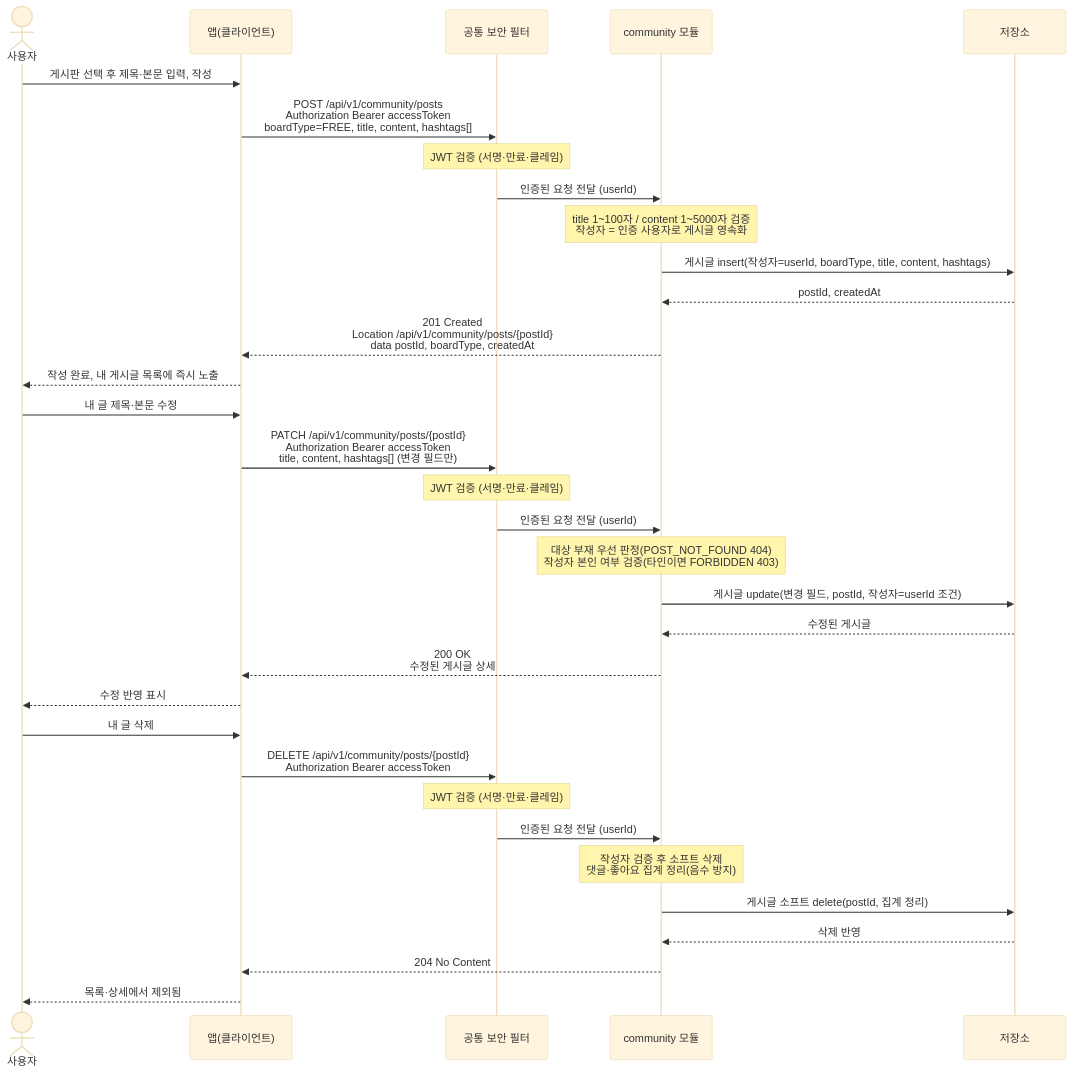
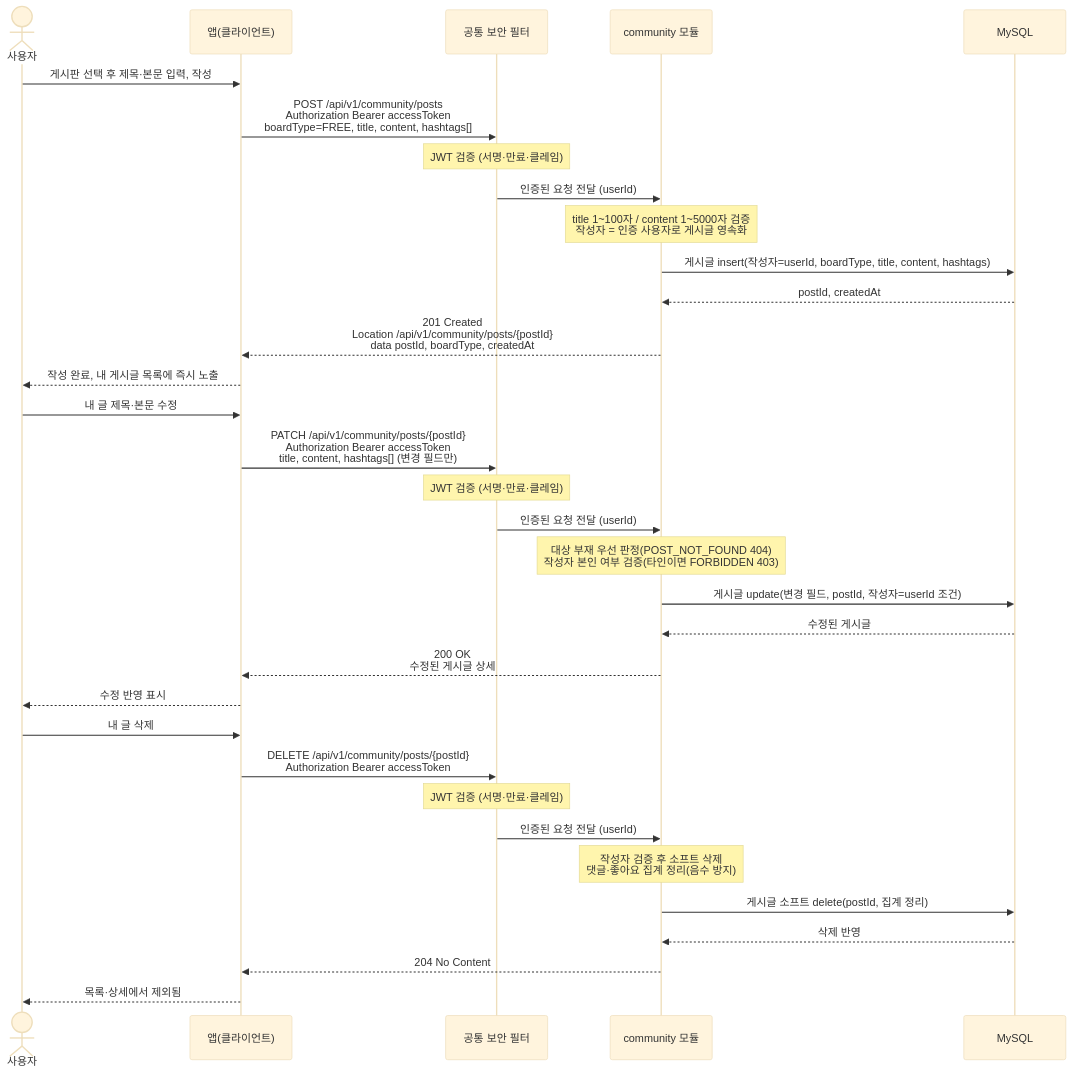
The diagram in docs/architecture/sequence-diagrams/05-community/us-5-1-post-create-update-delete.md (jameskim9509/Kohere-backend), drawn with Mermaid (base theme) before and after one commit. The commit also changed other lines of this file and 28 other files, not shown here.

First line of the commit message:
docs(architecture): 시퀀스 다이어그램에 폴리글랏 저장소 반영 (#24)

````diff
--- a/docs/architecture/sequence-diagrams/05-community/us-5-1-post-create-update-delete.md
+++ b/docs/architecture/sequence-diagrams/05-community/us-5-1-post-create-update-delete.md
@@ -5,38 +5,38 @@
 ```mermaid
 sequenceDiagram
     actor U as 사용자
     participant C as 앱(클라이언트)
     participant SEC as 공통 보안 필터
     participant COMM as community 모듈
-    participant DB as 저장소
+    participant DB as MySQL
 
     U->>C: 게시판 선택 후 제목·본문 입력, 작성
     C->>SEC: POST /api/v1/community/posts<br/>Authorization Bearer accessToken<br/>boardType=FREE, title, content, hashtags[]
     Note over SEC: JWT 검증 (서명·만료·클레임)
     SEC->>COMM: 인증된 요청 전달 (userId)
     Note over COMM: title 1~100자 / content 1~5000자 검증<br/>작성자 = 인증 사용자로 게시글 영속화
     COMM->>DB: 게시글 insert(작성자=userId, boardType, title, content, hashtags)
     DB-->>COMM: postId, createdAt
     COMM-->>C: 201 Created<br/>Location /api/v1/community/posts/{postId}<br/>data postId, boardType, createdAt
     C-->>U: 작성 완료, 내 게시글 목록에 즉시 노출
 
     U->>C: 내 글 제목·본문 수정
     C->>SEC: PATCH /api/v1/community/posts/{postId}<br/>Authorization Bearer accessToken<br/>title, content, hashtags[] (변경 필드만)
     Note over SEC: JWT 검증 (서명·만료·클레임)
     SEC->>COMM: 인증된 요청 전달 (userId)
     Note over COMM: 대상 부재 우선 판정(POST_NOT_FOUND 404)<br/>작성자 본인 여부 검증(타인이면 FORBIDDEN 403)
     COMM->>DB: 게시글 update(변경 필드, postId, 작성자=userId 조건)
     DB-->>COMM: 수정된 게시글
     COMM-->>C: 200 OK<br/>수정된 게시글 상세
     C-->>U: 수정 반영 표시
 
     U->>C: 내 글 삭제
     C->>SEC: DELETE /api/v1/community/posts/{postId}<br/>Authorization Bearer accessToken
     Note over SEC: JWT 검증 (서명·만료·클레임)
     SEC->>COMM: 인증된 요청 전달 (userId)
     Note over COMM: 작성자 검증 후 소프트 삭제<br/>댓글·좋아요 집계 정리(음수 방지)
     COMM->>DB: 게시글 소프트 delete(postId, 집계 정리)
     DB-->>COMM: 삭제 반영
     COMM-->>C: 204 No Content
     C-->>U: 목록·상세에서 제외됨
 ```
````
